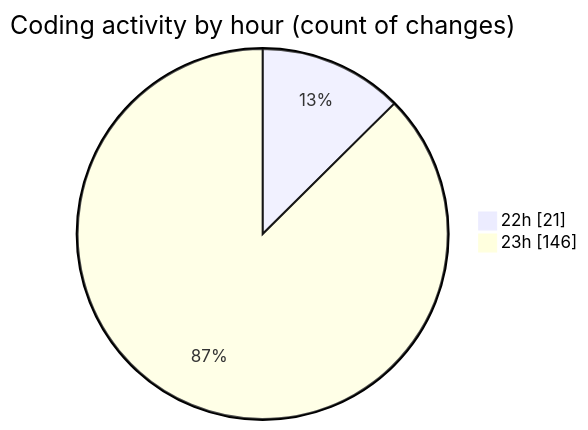
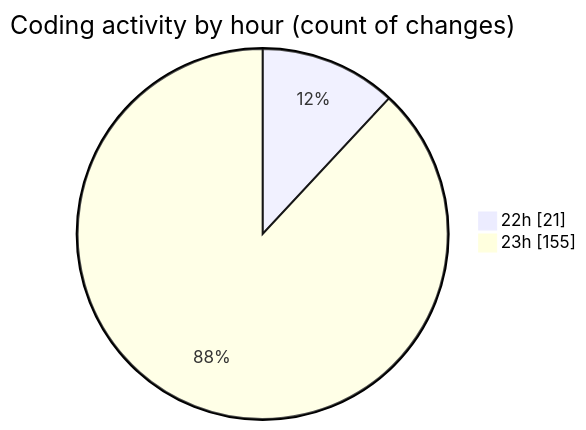
One commit to Ritupan-Deka/code-tracking changed the second of 2 diagrams in 2025-07-22/javascript/README.md. Above: the diagram before and after it, drawn with Mermaid. The commit also changed other lines of this file and 1 other file, not shown here.

````diff
--- a/2025-07-22/javascript/README.md
+++ b/2025-07-22/javascript/README.md
@@ -30,6 +30,6 @@
 ```mermaid
 pie showData
 title Coding activity by hour (count of changes)
 "22h" : 21
-"23h" : 146
+"23h" : 155
 ```
````
